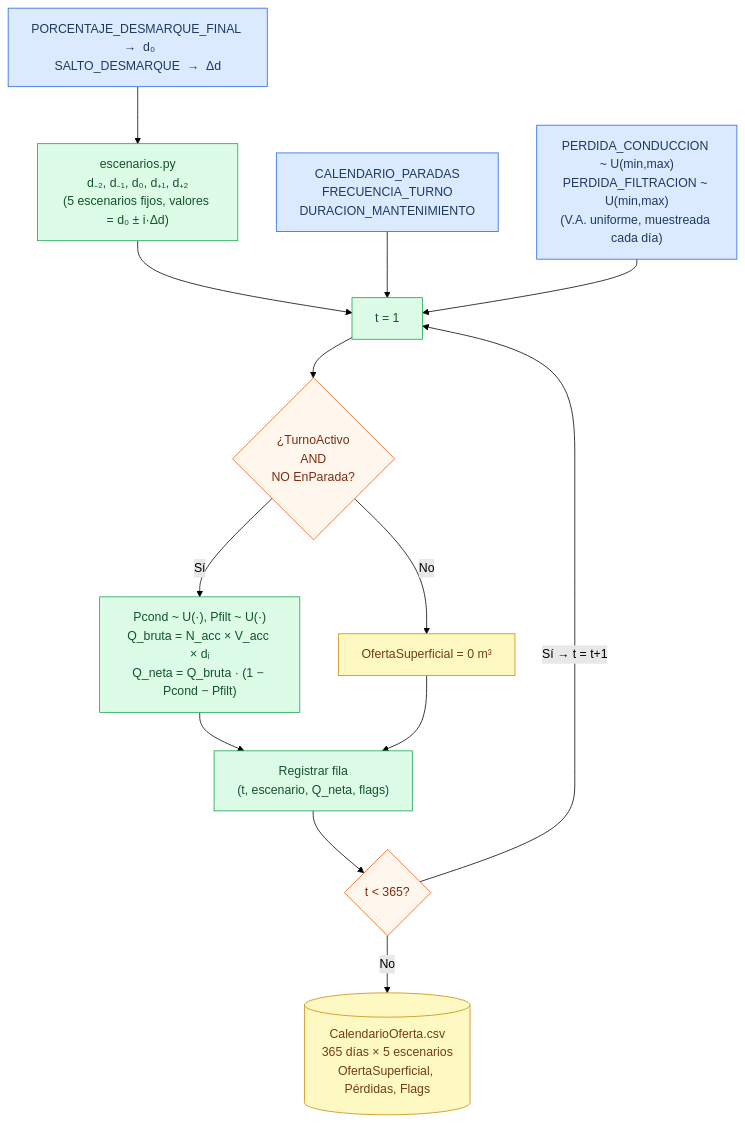
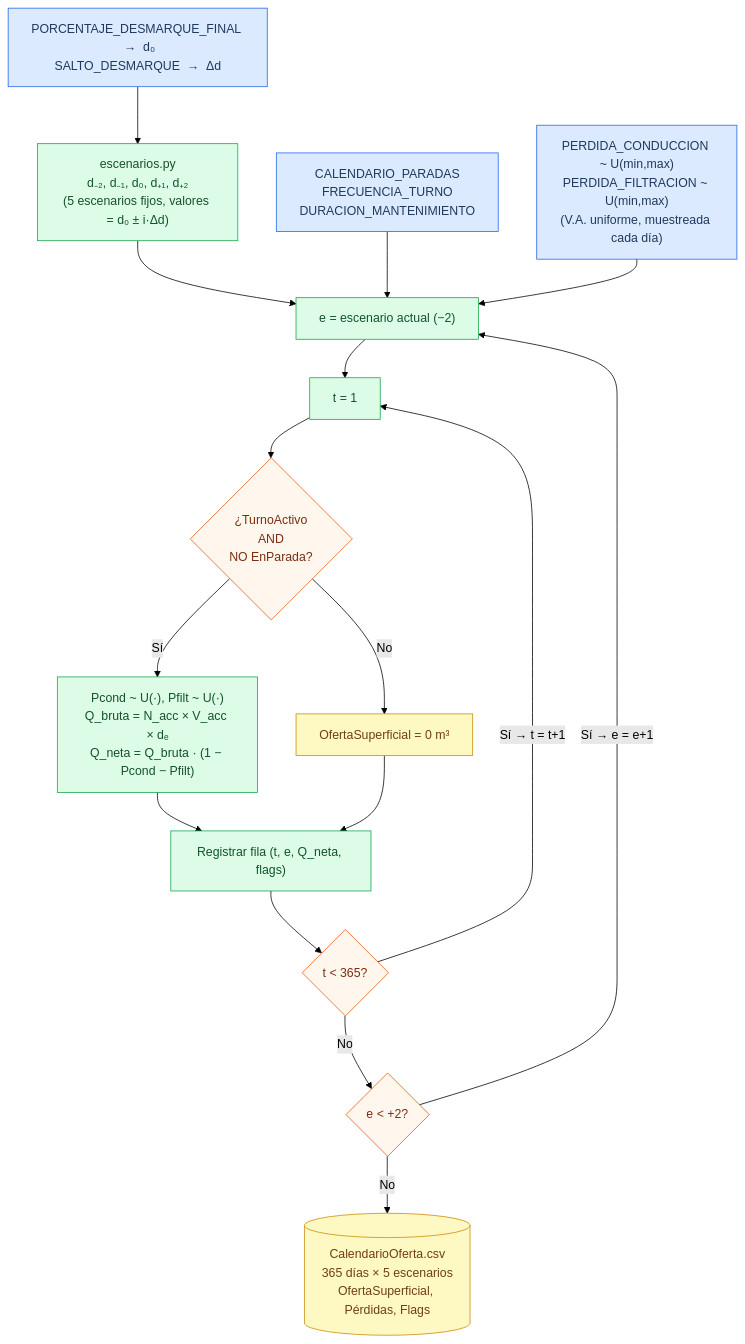
One commit to toniesky/Simulaci-n-multiparadigma-cultivo changed the second of 4 diagrams in README.md. Above: the diagram before and after it, drawn with Mermaid (forest theme).

Commit message:
docs: diagrama SD con bucle anidado escenario x dia

````diff
--- a/README.md
+++ b/README.md
@@ -73,30 +73,33 @@
 ```mermaid
 flowchart TD
     classDef param fill:#dbeafe,stroke:#2563eb,color:#1e3a5f
     classDef proc  fill:#dcfce7,stroke:#16a34a,color:#14532d
     classDef out   fill:#fef9c3,stroke:#ca8a04,color:#713f12
     classDef dec   fill:#fff7ed,stroke:#ea580c,color:#7c2d12
-    classDef fb    fill:#f5f3ff,stroke:#7c3aed,color:#3b0764
 
     D0["PORCENTAJE_DESMARQUE_FINAL  →  d₀\nSALTO_DESMARQUE  →  Δd"]:::param
     PL["PERDIDA_CONDUCCION ~ U(min,max)\nPERDIDA_FILTRACION ~ U(min,max)\n(V.A. uniforme, muestreada cada día)"]:::param
     CA["CALENDARIO_PARADAS\nFRECUENCIA_TURNO\nDURACION_MANTENIMIENTO"]:::param
 
     D0 --> ESC["escenarios.py\nd₋₂, d₋₁, d₀, d₊₁, d₊₂\n(5 escenarios fijos, valores = d₀ ± i·Δd)"]:::proc
 
-    ESC --> LOOP["t = 1"]:::proc
-    CA  --> LOOP
-    PL  --> LOOP
+    ESC --> ESCLOOP["e = escenario actual (−2)"]:::proc
+    CA  --> ESCLOOP
+    PL  --> ESCLOOP
+
+    ESCLOOP --> LOOP["t = 1"]:::proc
 
     LOOP --> T{"¿TurnoActivo\nAND\nNO EnParada?"}:::dec
     T -->|"No"| Z["OfertaSuperficial = 0 m³"]:::out
-    T -->|"Sí"| Q["Pcond ~ U(·), Pfilt ~ U(·)\nQ_bruta = N_acc × V_acc × dᵢ\nQ_neta = Q_bruta · (1 − Pcond − Pfilt)"]:::proc
-    Q  --> REC["Registrar fila\n(t, escenario, Q_neta, flags)"]:::proc
+    T -->|"Sí"| Q["Pcond ~ U(·), Pfilt ~ U(·)\nQ_bruta = N_acc × V_acc × dₑ\nQ_neta = Q_bruta · (1 − Pcond − Pfilt)"]:::proc
+    Q  --> REC["Registrar fila (t, e, Q_neta, flags)"]:::proc
     Z  --> REC
 
-    REC --> NEXT{"t < 365?"}:::dec
-    NEXT -->|"Sí  →  t = t+1"| LOOP
-    NEXT -->|"No"| CO
+    REC --> NEXTD{"t < 365?"}:::dec
+    NEXTD -->|"Sí → t = t+1"| LOOP
+    NEXTD -->|"No"| NEXTE{"e < +2?"}:::dec
+    NEXTE -->|"Sí → e = e+1"| ESCLOOP
+    NEXTE -->|"No"| CO
 
     CO[("CalendarioOferta.csv\n365 días × 5 escenarios\nOfertaSuperficial, Pérdidas, Flags")]:::out
 ```
````
